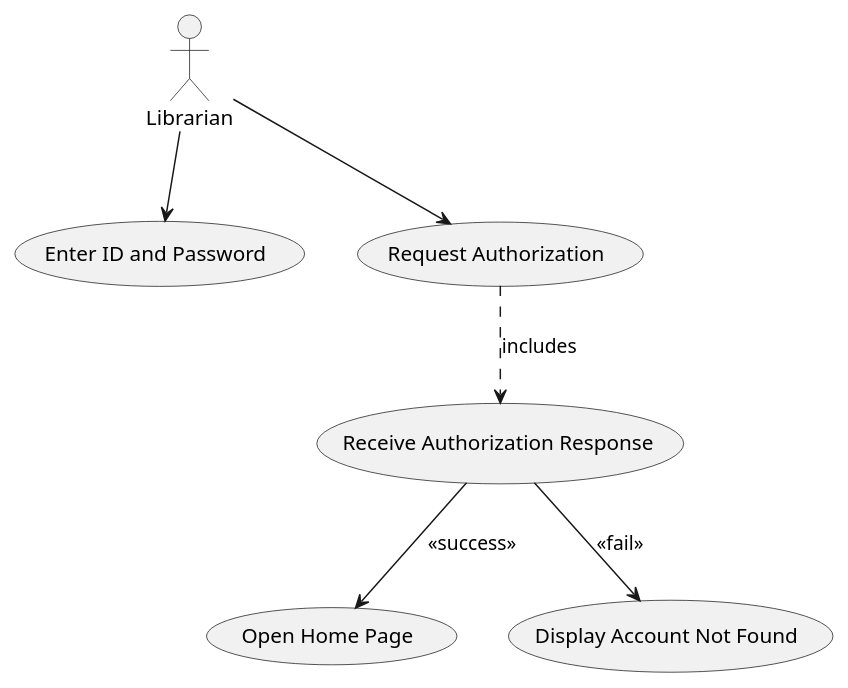
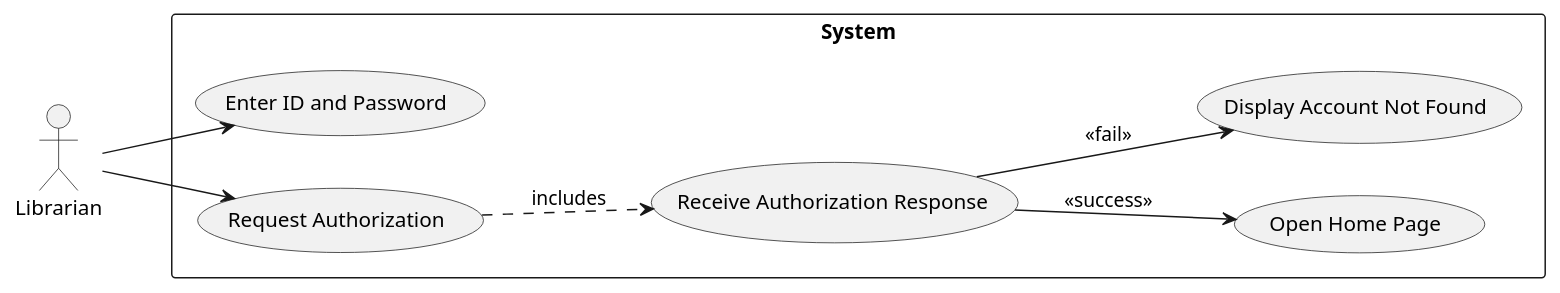
Before and after one commit to SalmaAzeem/library-system: the diagram in diagrams/UCDs/log in.puml, drawn with PlantUML. The commit also changed 7 other files, not shown here.

Commit message:
Refactor to add rectangle System

```diff
--- a/diagrams/UCDs/log in.puml
+++ b/diagrams/UCDs/log in.puml
@@ -1,17 +1,19 @@
 @startuml
 'https://plantuml.com/use-case-diagram
+left to right direction
 actor :Librarian:
 
-
-(Enter ID and Password) as enter
-(Request Authorization) as auth_req
-(Receive Authorization Response) as auth_resp
-(Open Home Page) as home
-(Display Account Not Found) as not_found
+rectangle "System" {
+    (Enter ID and Password) as enter
+    (Request Authorization) as auth_req
+    (Receive Authorization Response) as auth_resp
+    (Open Home Page) as home
+    (Display Account Not Found) as not_found
+}
 
 Librarian --> enter
 Librarian --> auth_req
 auth_req ..> auth_resp : includes
 auth_resp --> home : <<success>>
 auth_resp --> not_found : <<fail>>
 @enduml
```
